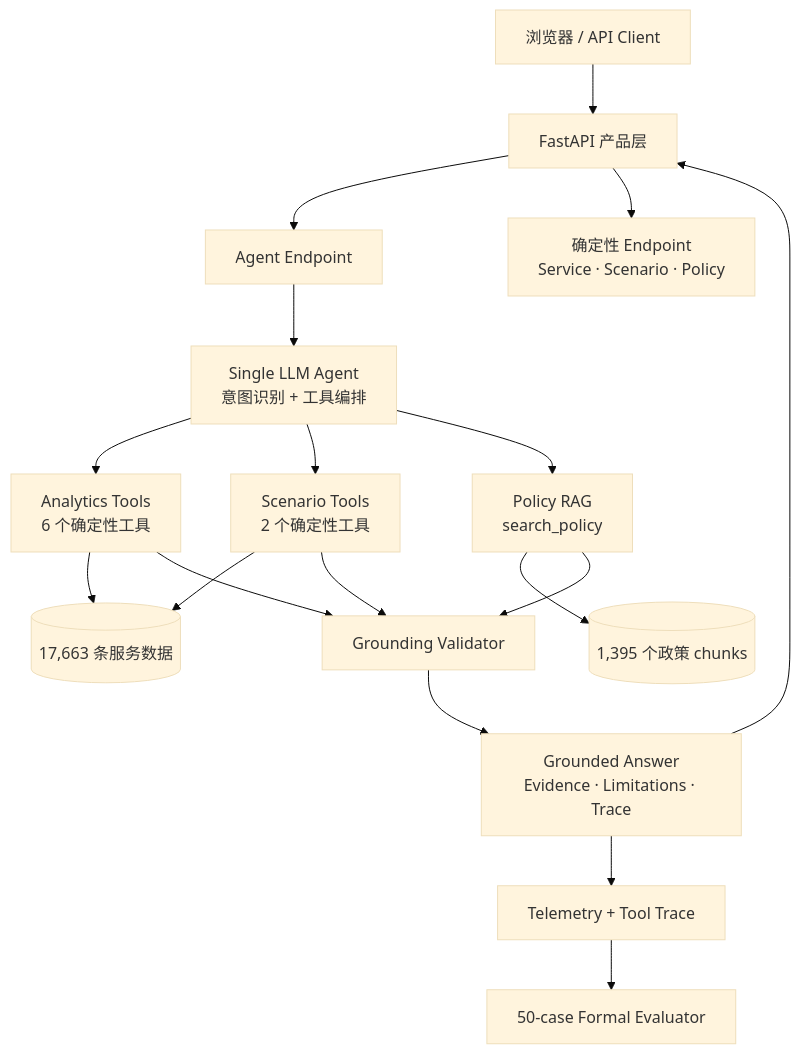
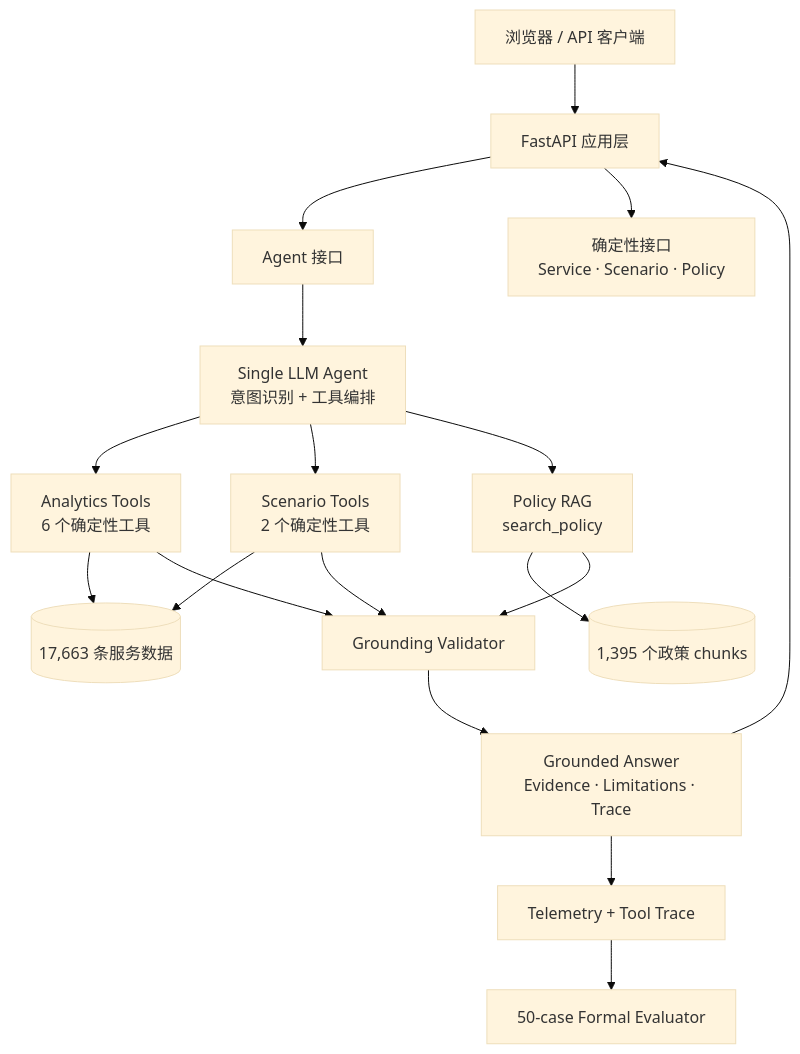
One commit to JackyFan0429/ACECQA_Service_Risk_Agent changed the diagram in README.zh-CN.md. Above: the diagram before and after it, drawn with Mermaid (base theme). The commit also changed other lines of this file and 2 other files, not shown here.

Commit message:
risk agent v1.1 - document optimization

````diff
--- a/README.zh-CN.md
+++ b/README.zh-CN.md
@@ -71,27 +77,27 @@
 ```mermaid
 flowchart TD
-    U[浏览器 / API Client] --> API[FastAPI 产品层]
+    U[浏览器 / API 客户端] --> API[FastAPI 应用层]
 
-    API --> CHAT[Agent Endpoint]
-    API --> DIRECT[确定性 Endpoint<br/>Service · Scenario · Policy]
+    API --> CHAT[Agent 接口]
+    API --> DIRECT[确定性接口<br/>Service · Scenario · Policy]
 
     CHAT --> AGENT[Single LLM Agent<br/>意图识别 + 工具编排]
 
     AGENT --> ANALYTICS[Analytics Tools<br/>6 个确定性工具]
     AGENT --> SCENARIO[Scenario Tools<br/>2 个确定性工具]
     AGENT --> POLICY[Policy RAG<br/>search_policy]
 
     ANALYTICS --> DATA[(17,663 条服务数据)]
     SCENARIO --> DATA
     POLICY --> CORPUS[(1,395 个政策 chunks)]
 
     ANALYTICS --> GROUND[Grounding Validator]
     SCENARIO --> GROUND
     POLICY --> GROUND
 
     GROUND --> ANSWER[Grounded Answer<br/>Evidence · Limitations · Trace]
     ANSWER --> API
 
     TRACE[Telemetry + Tool Trace] --> EVAL[50-case Formal Evaluator]
     ANSWER --> TRACE
 ```
````
